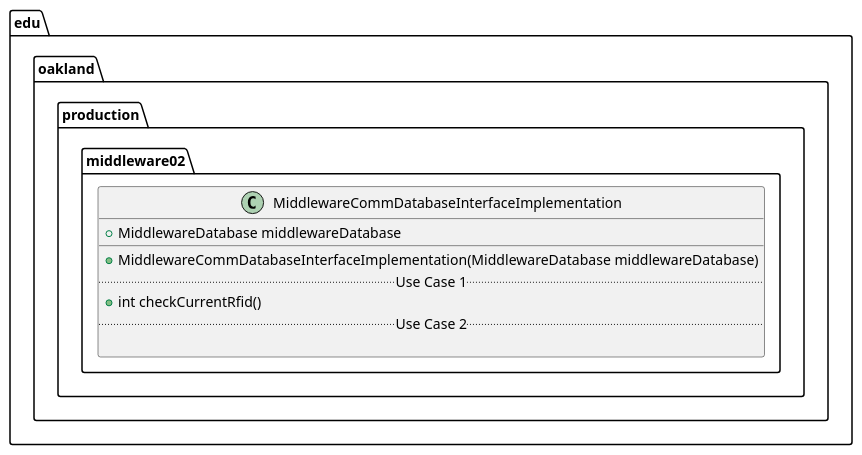
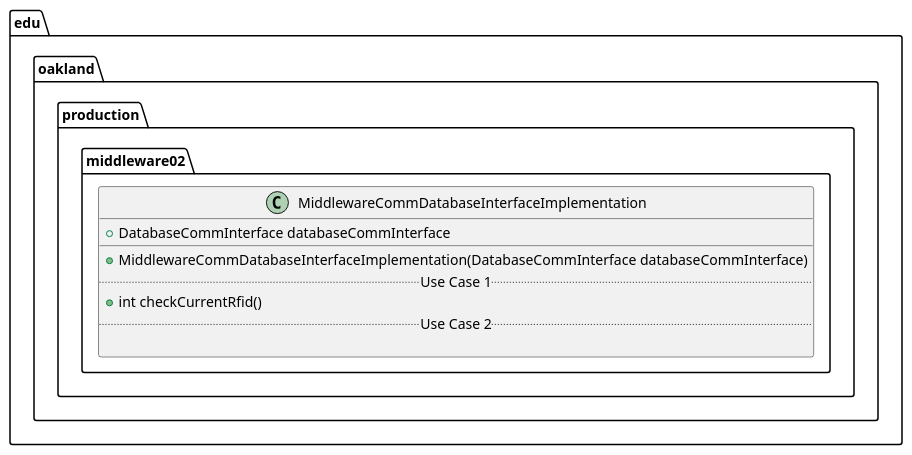
One commit to andrewdimmer/csi-3370-software-project changed the diagram in docs/uml-class-diagrams/middleware02/production/MiddlewareCommDatabaseInterfaceImplementation/MiddlewareCommDatabaseInterfaceImplementation.puml. Above: the diagram before and after it, drawn with PlantUML. The commit also changed 2 other files, not shown here.

Commit message:
[Middleware_02] Document Implementation

```diff
--- a/docs/uml-class-diagrams/middleware02/production/MiddlewareCommDatabaseInterfaceImplementation/MiddlewareCommDatabaseInterfaceImplementation.puml
+++ b/docs/uml-class-diagrams/middleware02/production/MiddlewareCommDatabaseInterfaceImplementation/MiddlewareCommDatabaseInterfaceImplementation.puml
@@ -1,15 +1,15 @@
 @startuml MiddlewareCommDatabaseInterfaceImplementation
 
 package edu.oakland.production.middleware02 {
     class MiddlewareCommDatabaseInterfaceImplementation {
-        + MiddlewareDatabase middlewareDatabase
+        + DatabaseCommInterface databaseCommInterface
         __
-        + MiddlewareCommDatabaseInterfaceImplementation(MiddlewareDatabase middlewareDatabase)
+        + MiddlewareCommDatabaseInterfaceImplementation(DatabaseCommInterface databaseCommInterface)
         .. Use Case 1 ..
         + int checkCurrentRfid()
         .. Use Case 2 ..
 
     }
 }
 
 @enduml
```
